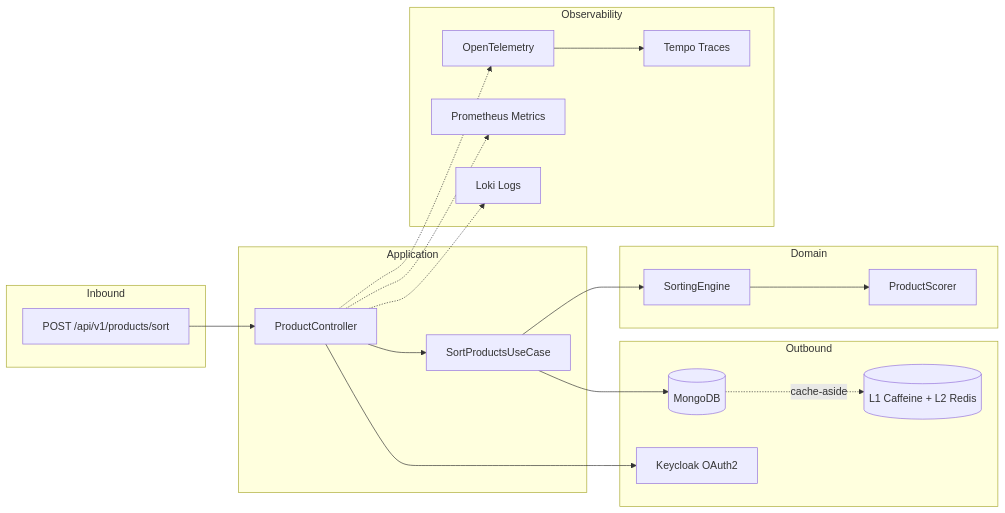
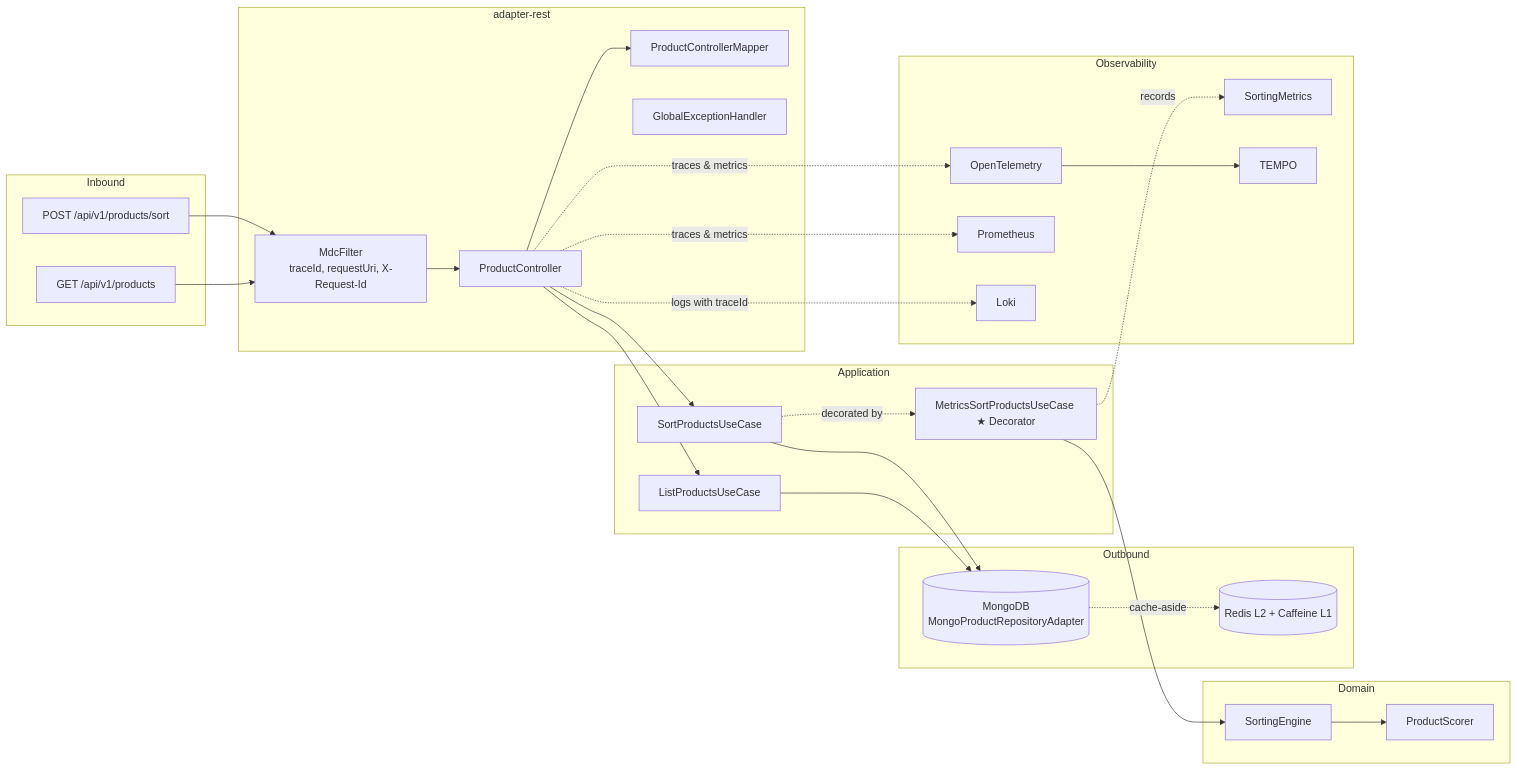
Before and after one commit to JuanPabloJimenezEsclusa/product-sorter: the third of 3 diagrams in README.md, drawn with Mermaid. The commit also changed other lines of this file and 15 other files, not shown here.

First line of the commit message:
refactor(adapter-rest): extract ProductControllerMapper from controller

````diff
--- a/README.md
+++ b/README.md
@@ -87,30 +93,41 @@
 ```mermaid
 flowchart LR
     subgraph Inbound
-        REST["POST /api/v1/products/sort"]
+        POST["POST /api/v1/products/sort"]
+        GET["GET /api/v1/products"]
+    end
+    subgraph adapter-rest
+        C[ProductController]
+        M[ProductControllerMapper]
+        H[GlobalExceptionHandler]
+        MDC[MdcFilter<br/>traceId, requestUri, X-Request-Id]
     end
     subgraph Application
-        C[ProductController]
-        UC[SortProductsUseCase]
+        SUC[SortProductsUseCase]
+        LUC[ListProductsUseCase]
+        MM[MetricsSortProductsUseCase ★ Decorator]
     end
     subgraph Domain
         SE2[SortingEngine]
         PS2[ProductScorer]
     end
     subgraph Outbound
-        MONGO[(MongoDB)]
-        CACHE[("L1 Caffeine + L2 Redis")]
-        AUTH[Keycloak OAuth2]
+        MONGO[(MongoDB<br/>MongoProductRepositoryAdapter)]
+        CACHE[("Redis L2 + Caffeine L1")]
     end
     subgraph Observability
-        OTel[OpenTelemetry] --> TEMPO[Tempo Traces]
-        PROM[Prometheus Metrics]
-        LOKI[Loki Logs]
+        SM[SortingMetrics]
+        OT[OpenTelemetry] --> TEMPO
+        PROM[Prometheus]
+        LOKI[Loki]
     end
 
-    REST --> C
-    C --> UC --> SE2 --> PS2
-    C --> AUTH
-    UC --> MONGO -.->|cache-aside| CACHE
-    C -.-> OTel & PROM & LOKI
+    POST & GET --> MDC
+    MDC --> C --> M
+    C --> SUC & LUC
+    SUC -.->|decorated by| MM --> SE2 --> PS2
+    SUC & LUC --> MONGO -.->|cache-aside| CACHE
+    MM -.->|records| SM
+    C -.->|traces & metrics| OT & PROM
+    C -.->|logs with traceId| LOKI
 ```
````
